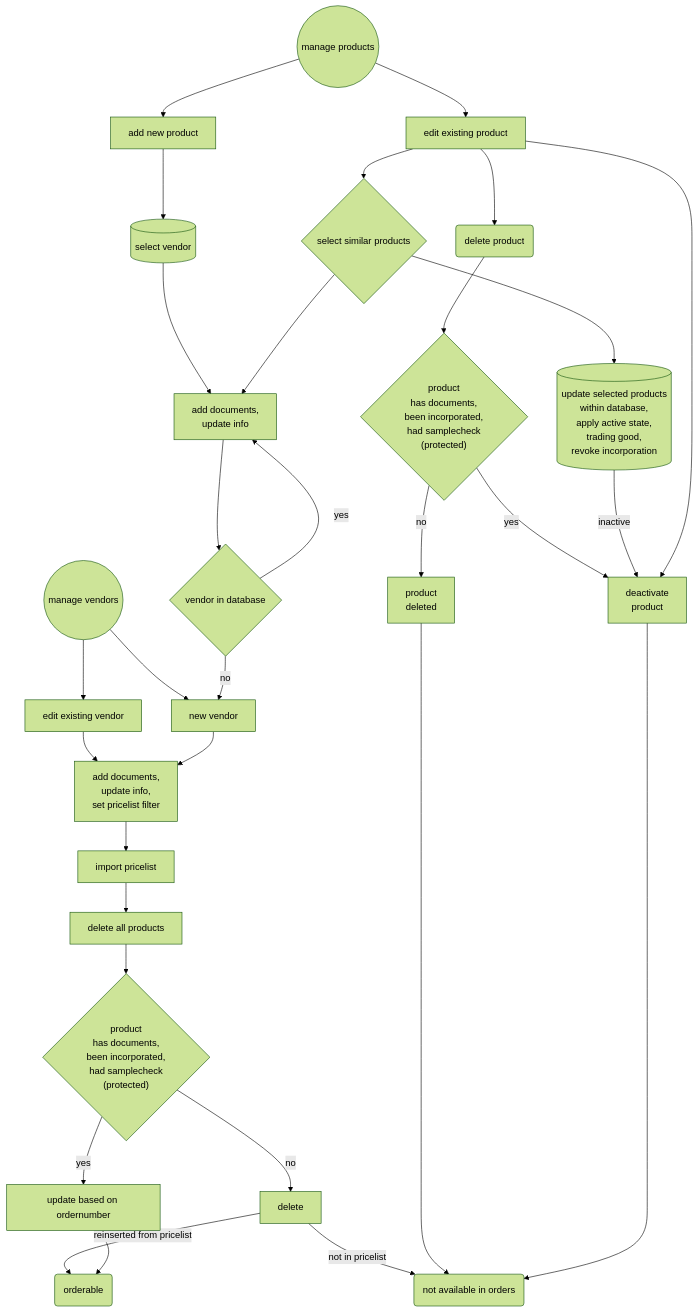
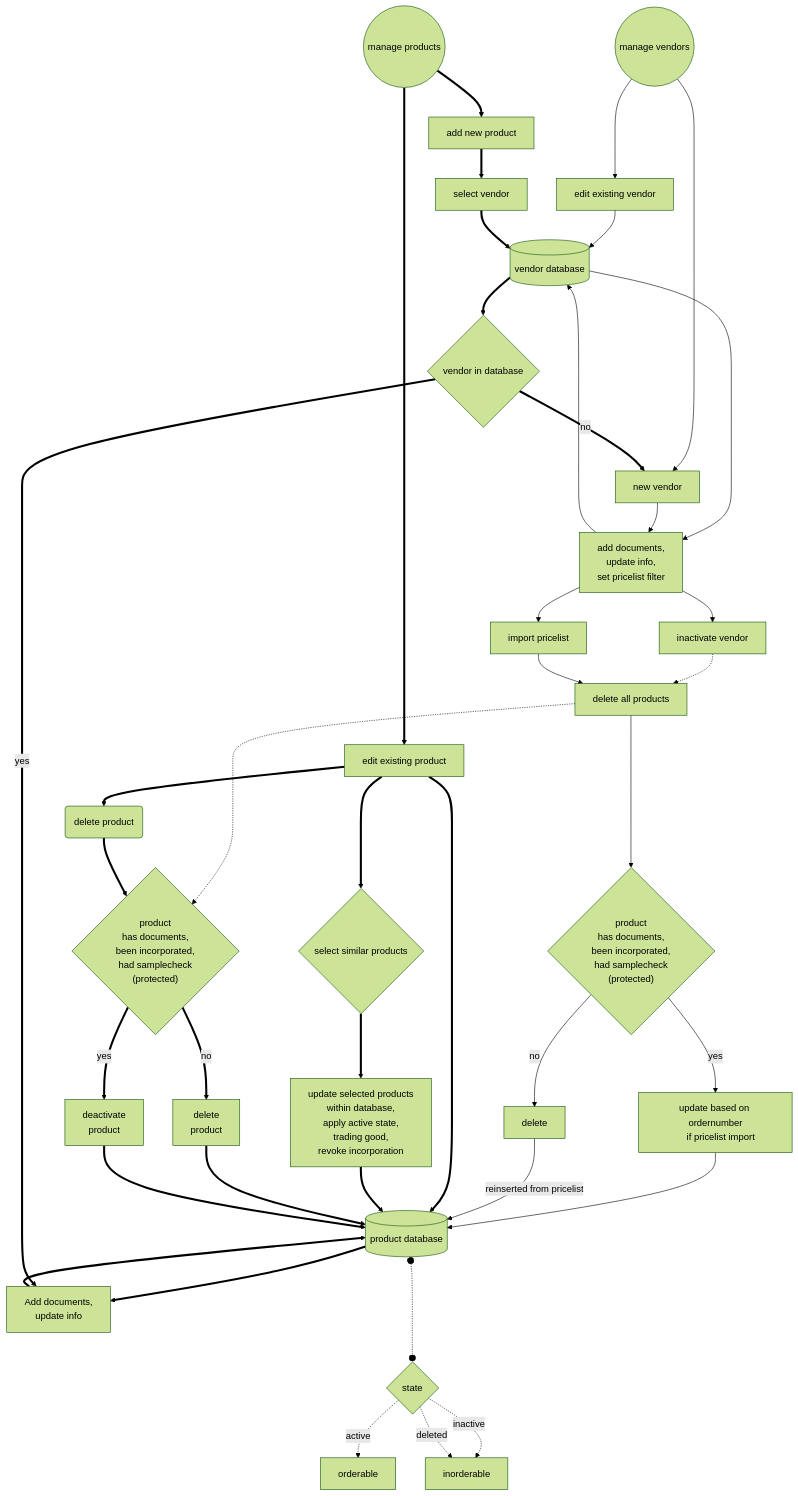
The sixth of 9 diagrams in readme.md (erroronline1/caro), drawn with Mermaid (forest theme) before and after one commit. The commit also changed other lines of this file and 1 other file, not shown here.

Commit message:
flowcharts updates

````diff
--- a/readme.md
+++ b/readme.md
@@ -745,53 +779,64 @@
 ```mermaid
 graph TD;
-    manage_vendors((manage vendors))-->edit_vendor[edit existing vendor];
+    manage_vendors((manage vendors))--->edit_vendor[edit existing vendor];
+    edit_vendor-->vendor_db[(vendor database)];
     manage_vendors-->new_vendor[new vendor];
-    edit_vendor-->add_vinfo["add documents,
+    vendor_db-->add_vinfo["add documents,
     update info,
     set pricelist filter"];
     new_vendor-->add_vinfo;
+    add_vinfo-->vendor_db;
+    add_vinfo-->inactivate_vendor[inactivate vendor];
+    inactivate_vendor-.->delete_all_products[delete all products];
     add_vinfo-->import_pricelist[import pricelist];
-    import_pricelist-->delete_all_products[delete all products];
+    import_pricelist-->delete_all_products;
     delete_all_products-->has_docs2{"product
     has documents,
     been incorporated,
     had samplecheck
     (protected)"};
-    has_docs2-->|yes|update[update based on ordernumber];
-    has_docs2-->|no|delete[delete];
-    delete-->|reinserted from pricelist|orderable(orderable);
-    delete-->|not in pricelist|inorderable(not available in orders)
-    update-->orderable;
-
-    manage_products((manage products))-->edit_product[edit existing product];
-    manage_products-->add_product[add new product];
-    add_product-->select_vendor[(select vendor)];
-    select_vendor-->add_pinfo["Add documents,
-    update info"];
-    add_pinfo-->known_vendor;
-
-    edit_product-->similar{select similar products};
-    similar-->add_pinfo["add documents,
-    update info"];
-    similar-->database[("update selected products
-    within database,
-    apply active state,
-    trading good,
-    revoke incorporation")];
-    known_vendor{vendor in database}-->|yes|add_pinfo;
-    known_vendor-->|no|new_vendor
-    edit_product-->delete_product(delete product);
-    delete_product-->has_docs{"product
+    delete_all_products-...->has_docs{"product
     has documents,
     been incorporated,
     had samplecheck
     (protected)"};
-    has_docs-->|no|product_deleted["product
-    deleted"];
-    has_docs-->|yes|product_inactive["deactivate
+    has_docs2-->|yes|update["update based on ordernumber
+    if pricelist import"];
+    update-->product_db[(product database)];
+    has_docs2-->|no|delete[delete];
+    delete-->|reinserted from pricelist|product_db;
+    
+    manage_products((manage products))==>edit_product[edit existing product];
+    edit_product==>product_db;
+    product_db==>add_pinfo["Add documents,
+    update info"];
+    manage_products==>add_product[add new product];
+    add_product==>select_vendor[select vendor];
+    select_vendor==>vendor_db;
+    vendor_db==>known_vendor{vendor in database};
+    known_vendor==>|yes|add_pinfo;
+    known_vendor==>|no|new_vendor
+
+    add_pinfo==>product_db;
+
+    edit_product==>similar{select similar products};
+    similar==>update2["update selected products
+    within database,
+    apply active state,
+    trading good,
+    revoke incorporation"];
+    update2==>product_db;
+    edit_product==>delete_product(delete product);
+    delete_product==>has_docs;
+    has_docs==>|no|product_deleted["delete
     product"];
-    database-->|inactive|product_inactive
-    product_deleted-->inorderable;
-    product_inactive-->inorderable;
-    edit_product-->product_inactive;
+    has_docs==>|yes|product_inactive["deactivate
+    product"];
+    product_deleted==>product_db;
+    product_inactive==>product_db;
+
+    product_db o-..-o state{state};
+    state-.->|active|orderable[orderable];
+    state-.->|inactive|inorderable[inorderable];
+    state-.->|deleted|inorderable;
 ```
````
